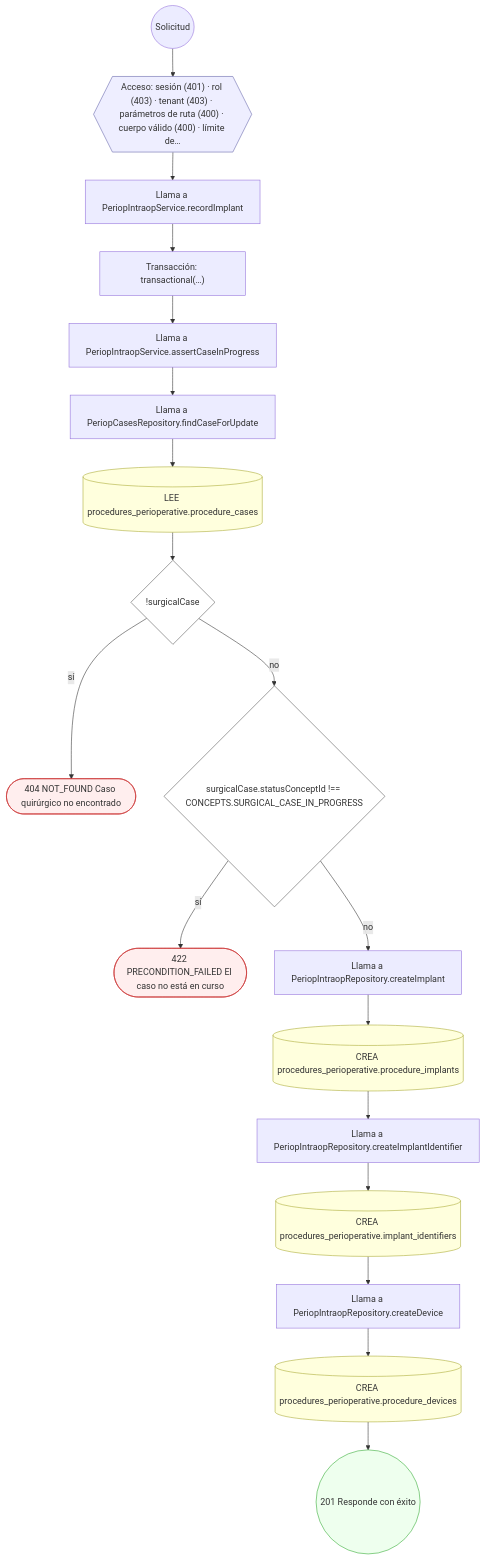
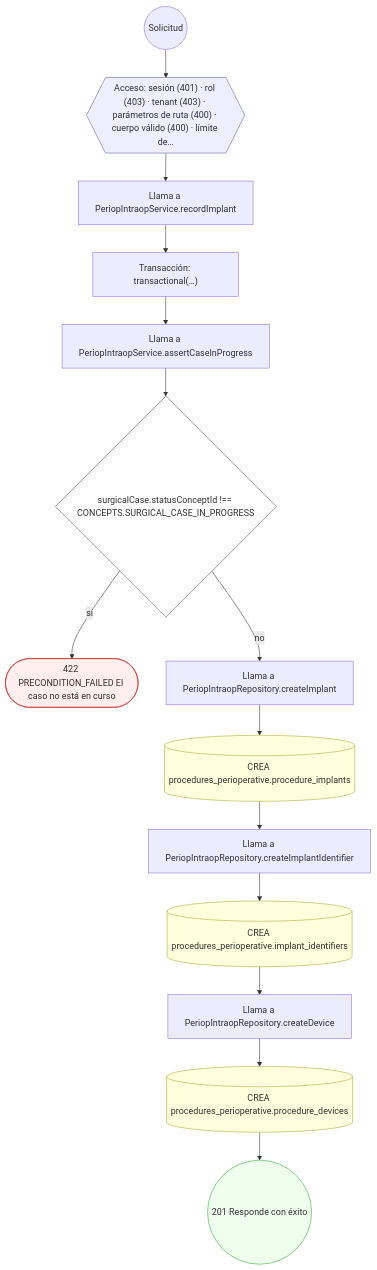
One commit to mdavila-2001/mantra-core-health-api changed diagram 17 of 30 in docs/inventario/flujos/procedures_perioperative.md. Above: the diagram before and after it, drawn with Mermaid. The commit also changed other lines of this file and 438 other files, not shown here.

````diff
--- a/docs/inventario/flujos/procedures_perioperative.md
+++ b/docs/inventario/flujos/procedures_perioperative.md
@@ -1638,44 +1603,36 @@
 ```mermaid
 flowchart TD
   n1(("Solicitud")):::inicio
   n2{{"Acceso: sesión (401) · rol (403) · tenant (403) · parámetros de ruta (400) · cuerpo válido (400) · límite de…"}}:::acceso
   n1 --> n2
   n3["Llama a PeriopIntraopService.recordImplant"]:::llamada
   n2 --> n3
   n4["Transacción: transactional(…)"]:::transaccion
   n3 --> n4
   n5["Llama a PeriopIntraopService.assertCaseInProgress"]:::llamada
   n4 --> n5
-  n6["Llama a PeriopCasesRepository.findCaseForUpdate"]:::llamada
+  n6{"surgicalCase.statusConceptId !== CONCEPTS.SURGICAL_CASE_IN_PROGRESS"}:::decision
   n5 --> n6
-  n7[("LEE procedures_perioperative.procedure_cases")]:::efecto
-  n6 --> n7
-  n8{"!surgicalCase"}:::decision
-  n7 --> n8
-  n9(["404 NOT_FOUND Caso quirúrgico no encontrado"]):::error
-  n8 -->|"sí"| n9
-  n10{"surgicalCase.statusConceptId !== CONCEPTS.SURGICAL_CASE_IN_PROGRESS"}:::decision
-  n8 -->|"no"| n10
-  n11(["422 PRECONDITION_FAILED El caso no está en curso"]):::error
-  n10 -->|"sí"| n11
-  n12["Llama a PeriopIntraopRepository.createImplant"]:::llamada
-  n10 -->|"no"| n12
-  n13[("CREA procedures_perioperative.procedure_implants")]:::efecto
+  n7(["422 PRECONDITION_FAILED El caso no está en curso"]):::error
+  n6 -->|"sí"| n7
+  n8["Llama a PeriopIntraopRepository.createImplant"]:::llamada
+  n6 -->|"no"| n8
+  n9[("CREA procedures_perioperative.procedure_implants")]:::efecto
+  n8 --> n9
+  n10["Llama a PeriopIntraopRepository.createImplantIdentifier"]:::llamada
+  n9 --> n10
+  n11[("CREA procedures_perioperative.implant_identifiers")]:::efecto
+  n10 --> n11
+  n12["Llama a PeriopIntraopRepository.createDevice"]:::llamada
+  n11 --> n12
+  n13[("CREA procedures_perioperative.procedure_devices")]:::efecto
   n12 --> n13
-  n14["Llama a PeriopIntraopRepository.createImplantIdentifier"]:::llamada
+  n14(("201 Responde con éxito")):::ok
   n13 --> n14
-  n15[("CREA procedures_perioperative.implant_identifiers")]:::efecto
-  n14 --> n15
-  n16["Llama a PeriopIntraopRepository.createDevice"]:::llamada
-  n15 --> n16
-  n17[("CREA procedures_perioperative.procedure_devices")]:::efecto
-  n16 --> n17
-  n18(("201 Responde con éxito")):::ok
-  n17 --> n18
   classDef acceso fill:#eef,stroke:#66a
   classDef error fill:#fee,stroke:#c33
   classDef ok fill:#efe,stroke:#3a3
   classDef efecto fill:#ffd,stroke:#aa3
   classDef decision fill:#fff,stroke:#555
   classDef corte fill:#eee,stroke:#999,stroke-dasharray: 4
 ```
````
